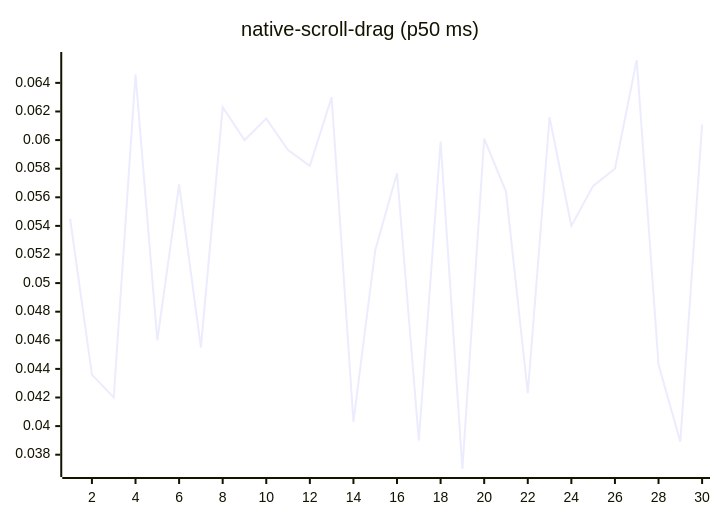
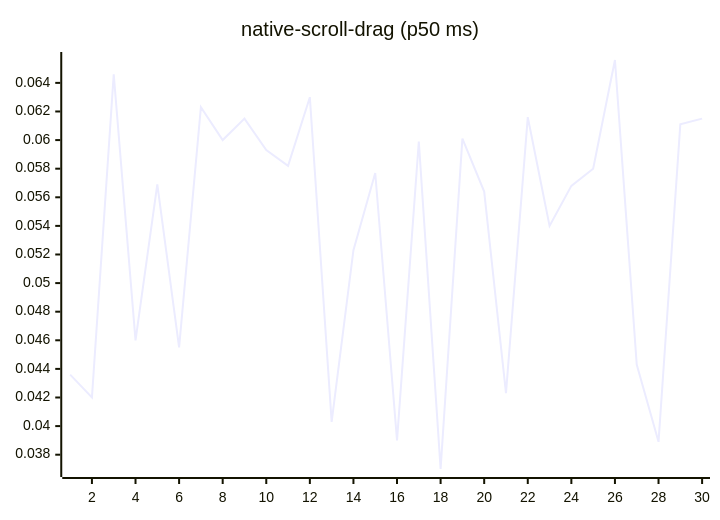
Diagram 14 of 27 in README.md (josha/Facet), drawn with Mermaid before and after one commit. The commit also changed other lines of this file and 2 other files, not shown here.

````diff
--- a/README.md
+++ b/README.md
@@ -154,6 +154,6 @@
 ```mermaid
 xychart-beta
     title "native-scroll-drag (p50 ms)"
     x-axis 1 --> 30
-    line [0.0545, 0.0436, 0.0420, 0.0646, 0.0460, 0.0569, 0.0455, 0.0623, 0.0600, 0.0615, 0.0593, 0.0582, 0.0630, 0.0403, 0.0523, 0.0577, 0.0390, 0.0599, 0.0370, 0.0601, 0.0564, 0.0423, 0.0616, 0.0540, 0.0568, 0.0580, 0.0656, 0.0443, 0.0389, 0.0611]
+    line [0.0436, 0.0420, 0.0646, 0.0460, 0.0569, 0.0455, 0.0623, 0.0600, 0.0615, 0.0593, 0.0582, 0.0630, 0.0403, 0.0523, 0.0577, 0.0390, 0.0599, 0.0370, 0.0601, 0.0564, 0.0423, 0.0616, 0.0540, 0.0568, 0.0580, 0.0656, 0.0443, 0.0389, 0.0611, 0.0615]
 ```
````
